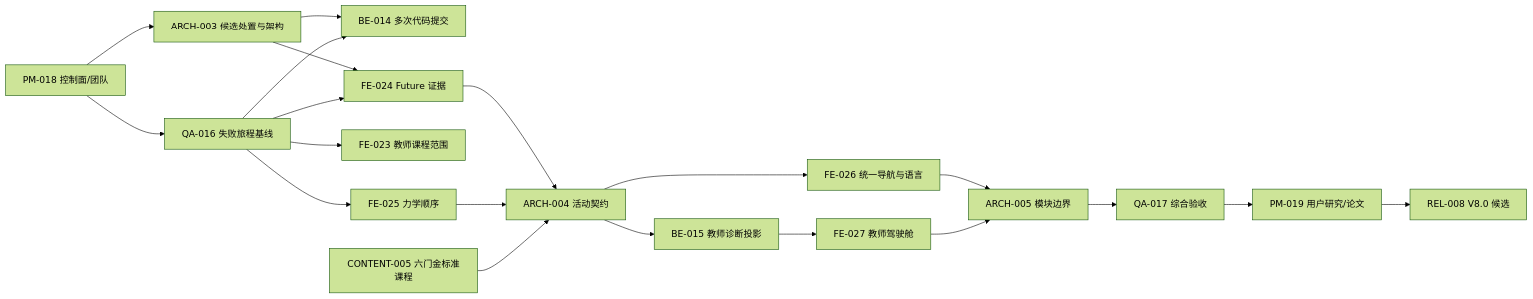
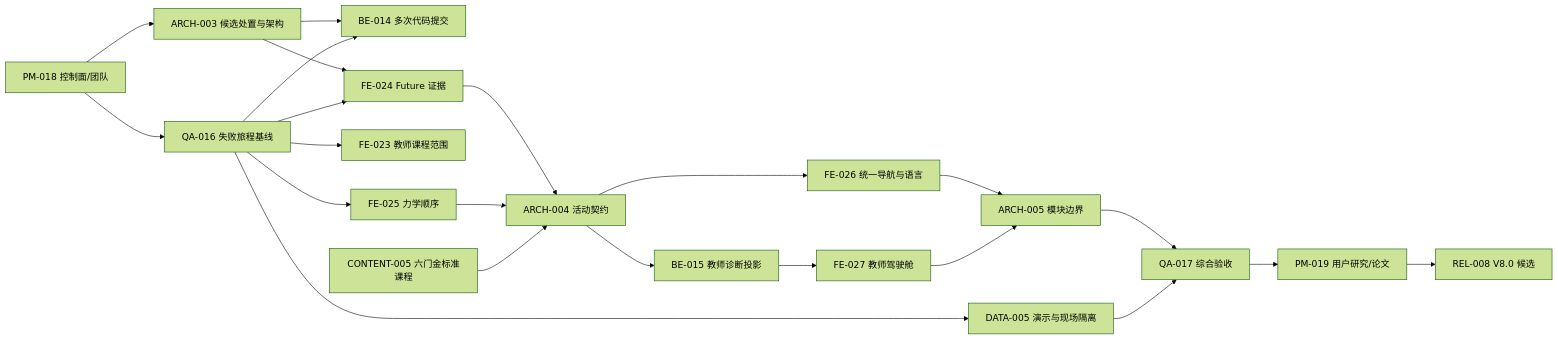
One commit to falling-feather/Astra changed the fifth of 5 diagrams in doc/02-项目规划.md. Above: the diagram before and after it, drawn with Mermaid (forest theme). The commit also changed other lines of this file and 8 other files, not shown here.

````diff
--- a/doc/02-项目规划.md
+++ b/doc/02-项目规划.md
@@ -390,22 +392,24 @@
 ```mermaid
 flowchart LR
     PM18["PM-018 控制面/团队"] --> ARCH3["ARCH-003 候选处置与架构"]
     PM18 --> QA16["QA-016 失败旅程基线"]
     ARCH3 --> BE14["BE-014 多次代码提交"]
     ARCH3 --> FE24["FE-024 Future 证据"]
     QA16 --> FE23["FE-023 教师课程范围"]
     QA16 --> BE14
     QA16 --> FE24
     QA16 --> FE25["FE-025 力学顺序"]
+    QA16 --> DATA5["DATA-005 演示与现场隔离"]
     FE24 --> ARCH4["ARCH-004 活动契约"]
     FE25 --> ARCH4
     CONTENT5["CONTENT-005 六门金标准课程"] --> ARCH4
     ARCH4 --> FE26["FE-026 统一导航与语言"]
     ARCH4 --> BE15["BE-015 教师诊断投影"]
     BE15 --> FE27["FE-027 教师驾驶舱"]
     FE26 --> ARCH5["ARCH-005 模块边界"]
     FE27 --> ARCH5
     ARCH5 --> QA17["QA-017 综合验收"]
+    DATA5 --> QA17
     QA17 --> PM19["PM-019 用户研究/论文"]
     PM19 --> REL8["REL-008 V8.0 候选"]
 ```
````
